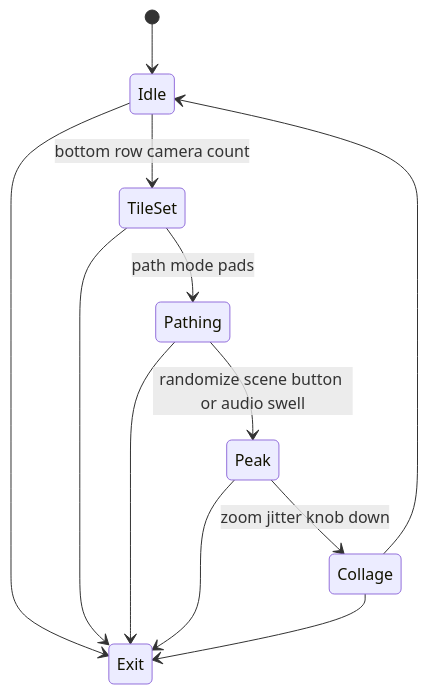
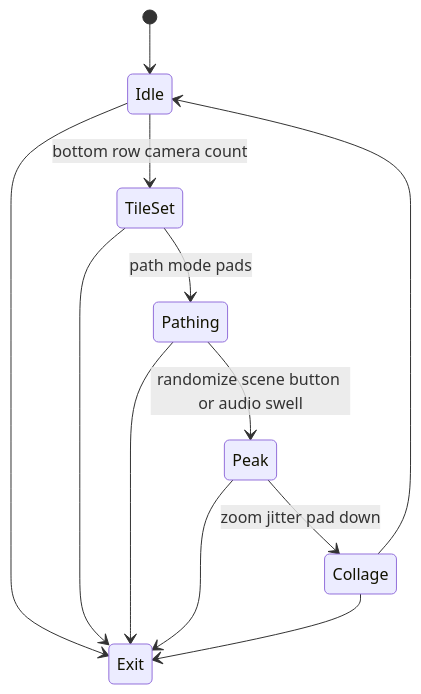
Diagram 11 of 15 in docs/processing-syphon-idea-board.md (abossard/synesthesia-visuals), drawn with Mermaid before and after one commit. The commit also changed other lines of this file and 1 other file, not shown here.

````diff
--- a/docs/processing-syphon-idea-board.md
+++ b/docs/processing-syphon-idea-board.md
@@ -351,14 +357,14 @@
   ```mermaid
   stateDiagram-v2
     [*] --> Idle
     Idle --> TileSet : bottom row camera count
     TileSet --> Pathing : path mode pads
     Pathing --> Peak : randomize scene button or audio swell
-    Peak --> Collage : zoom jitter knob down
+    Peak --> Collage : zoom jitter pad down
     Collage --> Idle
     Idle --> Exit
     TileSet --> Exit
     Pathing --> Exit
     Peak --> Exit
     Collage --> Exit
   ```
````
